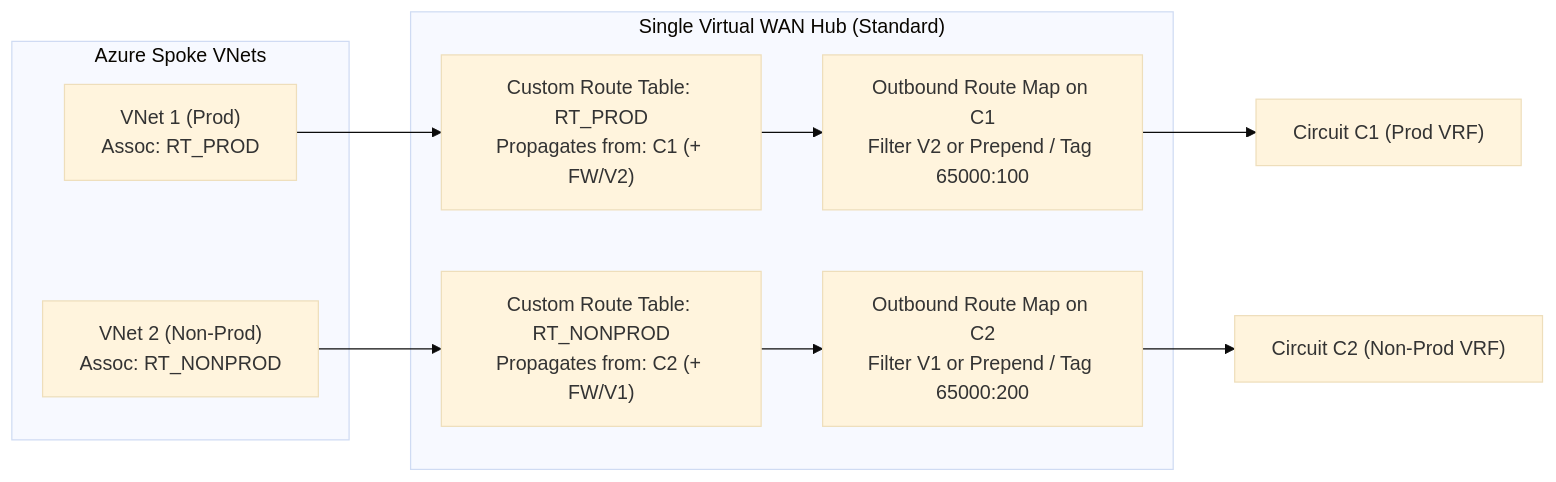
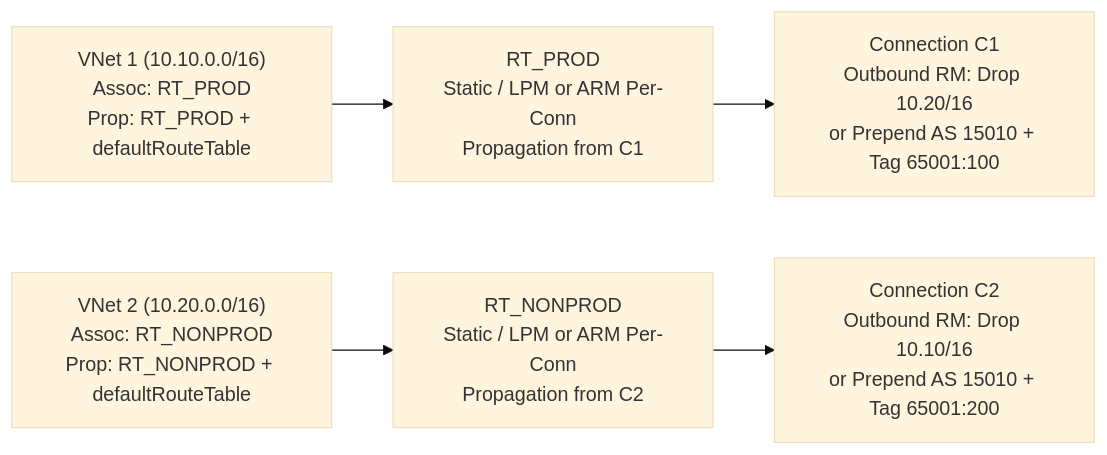
The second of 2 diagrams in src/content/docs/03-hybrid-connectivity/expressroute-traffic-segregation.md (jonathan-vella/azure-networking), drawn with Mermaid (base theme) before and after one commit. The commit also changed other lines of this file and 21 other files, not shown here.

Commit message:
docs(hybrid): verify ER gateway SKUs, FastPath, and segregation with official SVGs

````diff
--- a/src/content/docs/03-hybrid-connectivity/expressroute-traffic-segregation.md
+++ b/src/content/docs/03-hybrid-connectivity/expressroute-traffic-segregation.md
@@ -112,17 +116,7 @@
 ```mermaid
 flowchart LR
-  subgraph SPOKES["Azure Spoke VNets"]
-    V1["VNet 1 (Prod)<br/>Assoc: RT_PROD"]
-    V2["VNet 2 (Non-Prod)<br/>Assoc: RT_NONPROD"]
-  end
-
-  subgraph VHUB["Single Virtual WAN Hub (Standard)"]
-    RTP["Custom Route Table: RT_PROD<br/>Propagates from: C1 (+ FW/V2)"]
-    RTNP["Custom Route Table: RT_NONPROD<br/>Propagates from: C2 (+ FW/V1)"]
-    RM1["Outbound Route Map on C1<br/>Filter V2 or Prepend / Tag 65000:100"]
-    RM2["Outbound Route Map on C2<br/>Filter V1 or Prepend / Tag 65000:200"]
-  end
-
-  V1 --> RTP --> RM1 --> C1["Circuit C1 (Prod VRF)"]
-  V2 --> RTNP --> RM2 --> C2["Circuit C2 (Non-Prod VRF)"]
+  V1["VNet 1 (10.10.0.0/16)<br/>Assoc: RT_PROD<br/>Prop: RT_PROD + defaultRouteTable"] --> RTP["RT_PROD<br/>Static / LPM or ARM Per-Conn<br/>Propagation from C1"]
+  V2["VNet 2 (10.20.0.0/16)<br/>Assoc: RT_NONPROD<br/>Prop: RT_NONPROD + defaultRouteTable"] --> RTNP["RT_NONPROD<br/>Static / LPM or ARM Per-Conn<br/>Propagation from C2"]
+  RTP --> C1["Connection C1<br/>Outbound RM: Drop 10.20/16<br/>or Prepend AS 15010 + Tag 65001:100"]
+  RTNP --> C2["Connection C2<br/>Outbound RM: Drop 10.10/16<br/>or Prepend AS 15010 + Tag 65001:200"]
 ```
````
